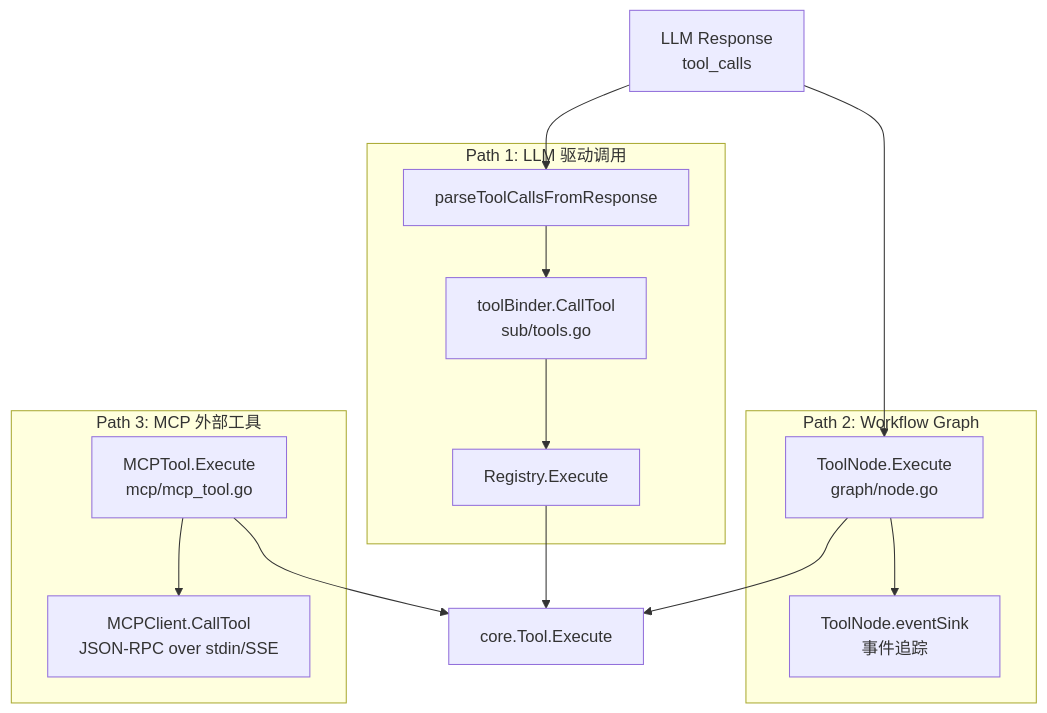
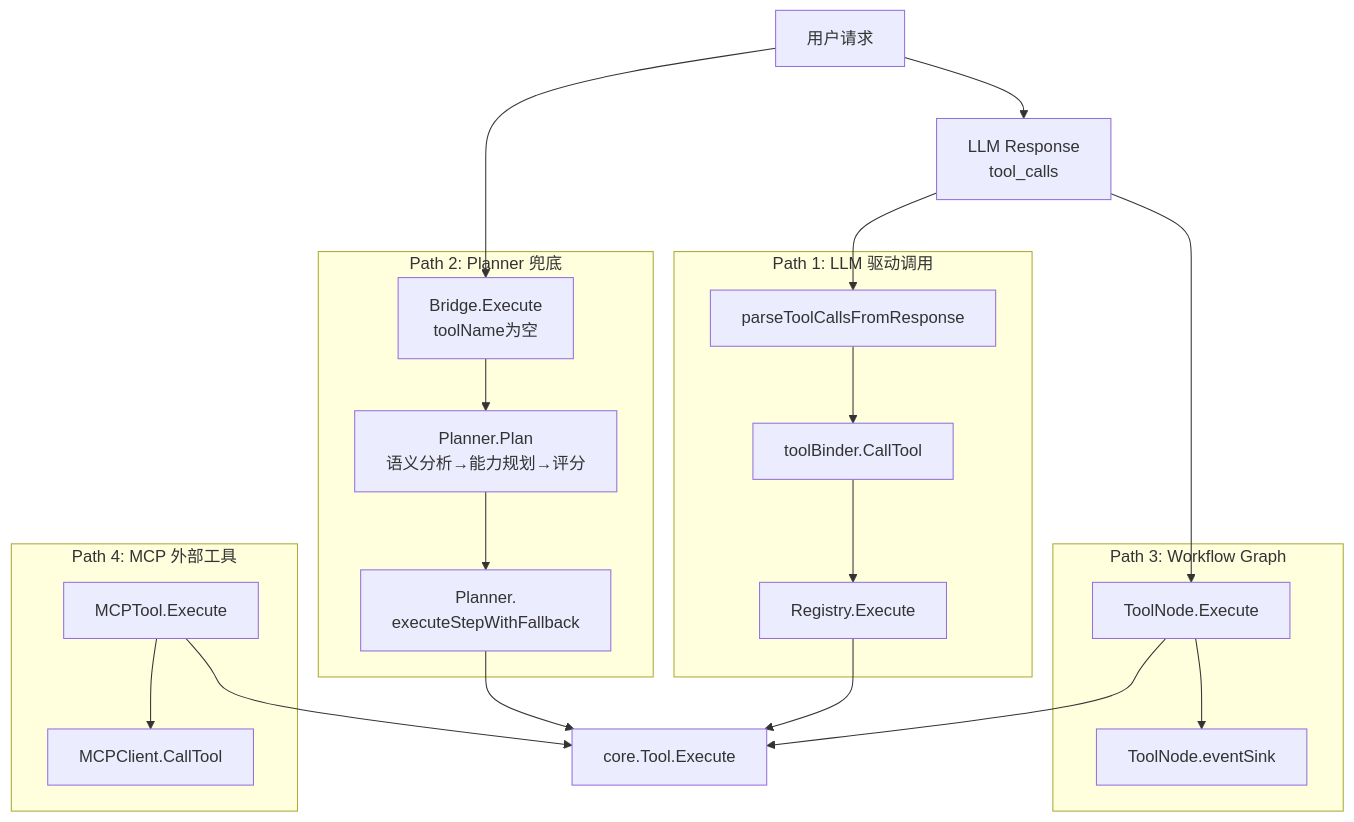
The diagram in docs/articles/zh/tool-system-deep-dive.md (Timwood0x10/ARES), drawn with Mermaid before and after one commit. The commit also changed other lines of this file and 19 other files, not shown here.

````diff
--- a/docs/articles/zh/tool-system-deep-dive.md
+++ b/docs/articles/zh/tool-system-deep-dive.md
@@ -11,23 +12,32 @@
 ```mermaid
 graph TB
+    Request[用户请求]
     LLM[LLM Response<br/>tool_calls]
     subgraph "Path 1: LLM 驱动调用"
         P1A[parseToolCallsFromResponse]
-        P1B[toolBinder.CallTool<br/>sub/tools.go]
+        P1B[toolBinder.CallTool]
         P1C[Registry.Execute]
     end
-    subgraph "Path 2: Workflow Graph"
-        P2A[ToolNode.Execute<br/>graph/node.go]
-        P2B[ToolNode.eventSink<br/>事件追踪]
+    subgraph "Path 2: Planner 兜底"
+        P2A[Bridge.Execute<br/>toolName为空]
+        P2B[Planner.Plan<br/>语义分析→能力规划→评分]
+        P2C[Planner.<br/>executeStepWithFallback]
     end
-    subgraph "Path 3: MCP 外部工具"
-        P3A[MCPTool.Execute<br/>mcp/mcp_tool.go]
-        P3B[MCPClient.CallTool<br/>JSON-RPC over stdin/SSE]
+    subgraph "Path 3: Workflow Graph"
+        P3A[ToolNode.Execute]
+        P3B[ToolNode.eventSink]
     end
+    subgraph "Path 4: MCP 外部工具"
+        P4A[MCPTool.Execute]
+        P4B[MCPClient.CallTool]
+    end
+    Request --> LLM
     LLM --> P1A --> P1B --> P1C
-    LLM --> P2A --> P2B
-    P3A --> P3B
+    Request --> P2A --> P2B --> P2C
+    LLM --> P3A --> P3B
+    P4A --> P4B
     P1C --> TOOL[core.Tool.Execute]
-    P2A --> TOOL
+    P2C --> TOOL
     P3A --> TOOL
+    P4A --> TOOL
 ```
````
